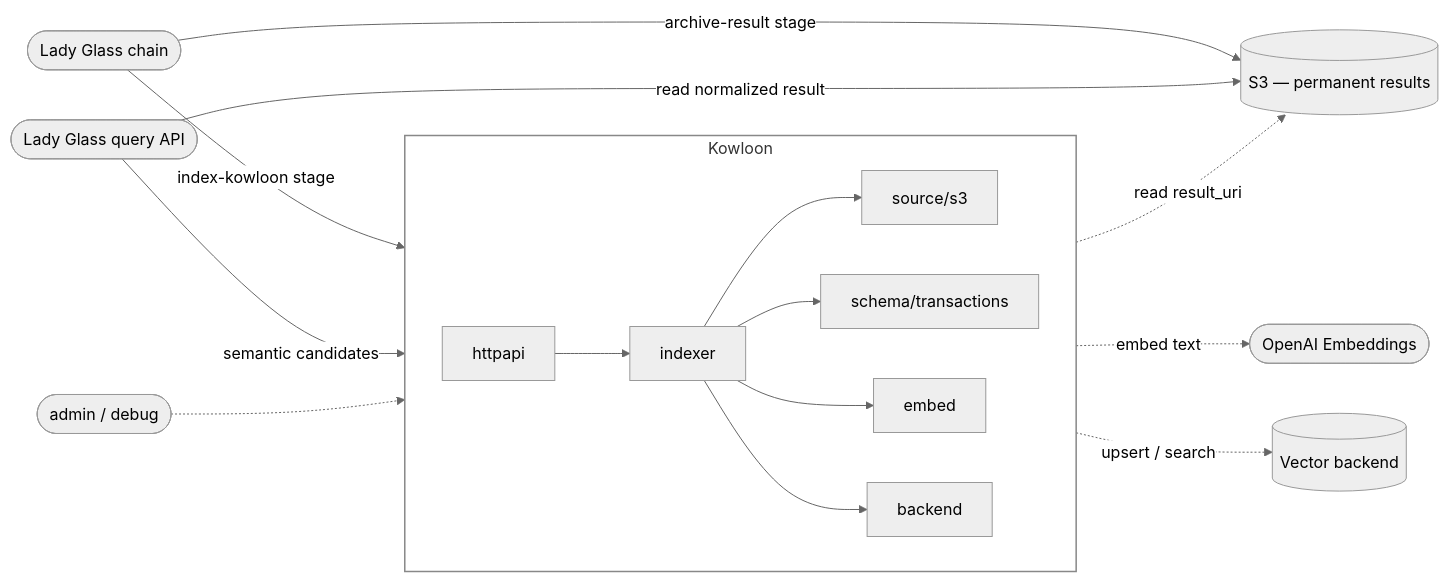
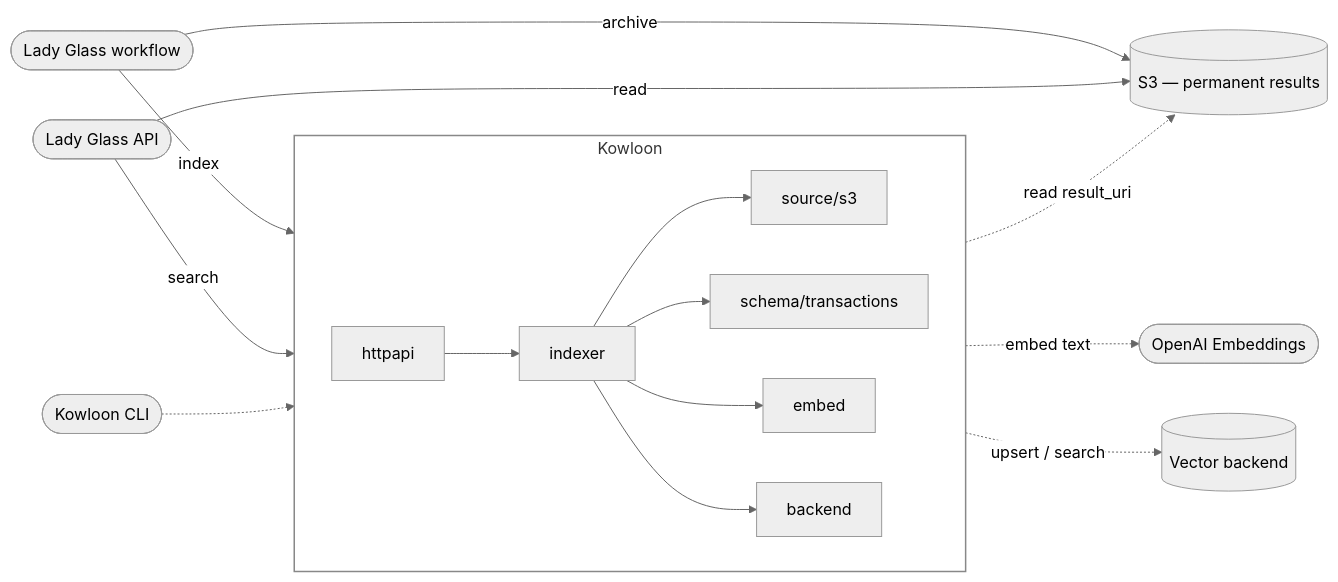
One commit to keix/kowloon changed the diagram in README.md. Above: the diagram before and after it, drawn with Mermaid (neutral theme). The commit also changed other lines of this file, not shown here.

Commit message:
docs: describe Kowloon's callers from Kowloon's perspective
Kowloon's README kept slipping into Lady Glass's internal vocabulary —
"stage", "chain", "query API" all name specific pieces of Lady Glass's
implementation that Kowloon has no reason to know about. From the
outside all Kowloon sees is HTTP callers, and the diagram should say
so.

Callers are now named by role instead of by Lady Glass's naming
convention: Lady Glass workflow (write-time, batch-driven) and Lady
Glass API (query-time, request-driven) — these are what Kowloon sees,
not Lady Glass's SFn+SQS+Lambda internals. Kowloon CLI appears as a
third caller for direct operator / debug access; it stands in for
whatever the operator uses (curl today, a dedicated cmd/kowloon-cli
later).

External arrows now terminate at the Kowloon subgraph border rather
than at the internal httpapi node, so the black-box interface is the
target — the seams inside are implementation detail. The prose in the
Architecture and AWS Deploy sections is updated to match.

````diff
--- a/README.md
+++ b/README.md
@@ -20,39 +20,39 @@
 ```mermaid
 flowchart LR
-    LG([Lady Glass chain])
-    LGQ([Lady Glass query API])
-    Admin([admin / debug])
+    LG1([Lady Glass workflow])
+    LG2([Lady Glass API])
+    CLI([Kowloon CLI])
 
     subgraph K["Kowloon"]
         direction LR
 
         API[httpapi]
         IDX[indexer]
         SRC[source/s3]
         SCH[schema/transactions]
         EMB[embed]
         BE[backend]
 
         API --> IDX
         IDX --> SRC
         IDX --> SCH
         IDX --> EMB
         IDX --> BE
     end
 
     S3[(S3 — permanent results)]
     OAI([OpenAI Embeddings])
     VEC[(Vector backend)]
 
-    LG -->|archive-result stage| S3
-    LG -->|index-kowloon stage| API
-    LGQ -->|semantic candidates| API
-    LGQ -->|read normalized result| S3
-    Admin -.-> API
+    LG1 -->|archive| S3
+    LG1 -->|index| K
+    LG2 -->|search| K
+    LG2 -->|read| S3
+    CLI -.-> K
 
     SRC -. read result_uri .-> S3
     EMB -. embed text .-> OAI
     BE -. upsert / search .-> VEC
 
     style K fill:none,stroke:#888,stroke-width:1.5px
 ```
````
